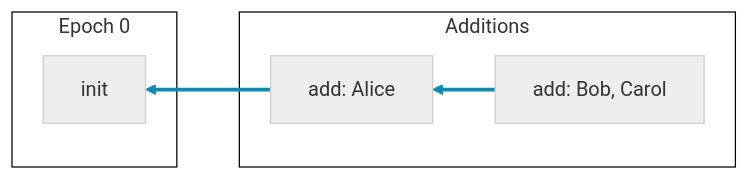
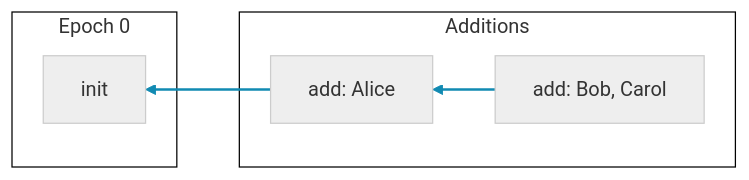
One commit to ssbc/ssb-group-exclusion-spec changed the tenth of 13 diagrams in README.md. Above: the diagram before and after it, drawn with Mermaid (base theme). The commit also changed other lines of this file, not shown here.

````diff
--- a/README.md
+++ b/README.md
@@ -508,19 +504,19 @@
 ```mermaid
 flowchart RL
 
 subgraph Additions
   0_add_0[add: Alice]
   0_add_1[add: Bob, Carol]
 end
 
 subgraph epoch_0[Epoch 0]
   0_init[init]
 end
 
 %% members tangle - epoch 0
 0_add_1 --> 0_add_0 --> 0_init
-linkStyle 0,1 stroke:#118AB2,stroke-width:3;
+linkStyle 0,1 stroke:#118AB2,stroke-width:2;
 
 classDef default stroke:#ccc,fill:#eee,color:#333;
 classDef cluster fill:#fff,stroke:#000,color:#333;
 ```
````
